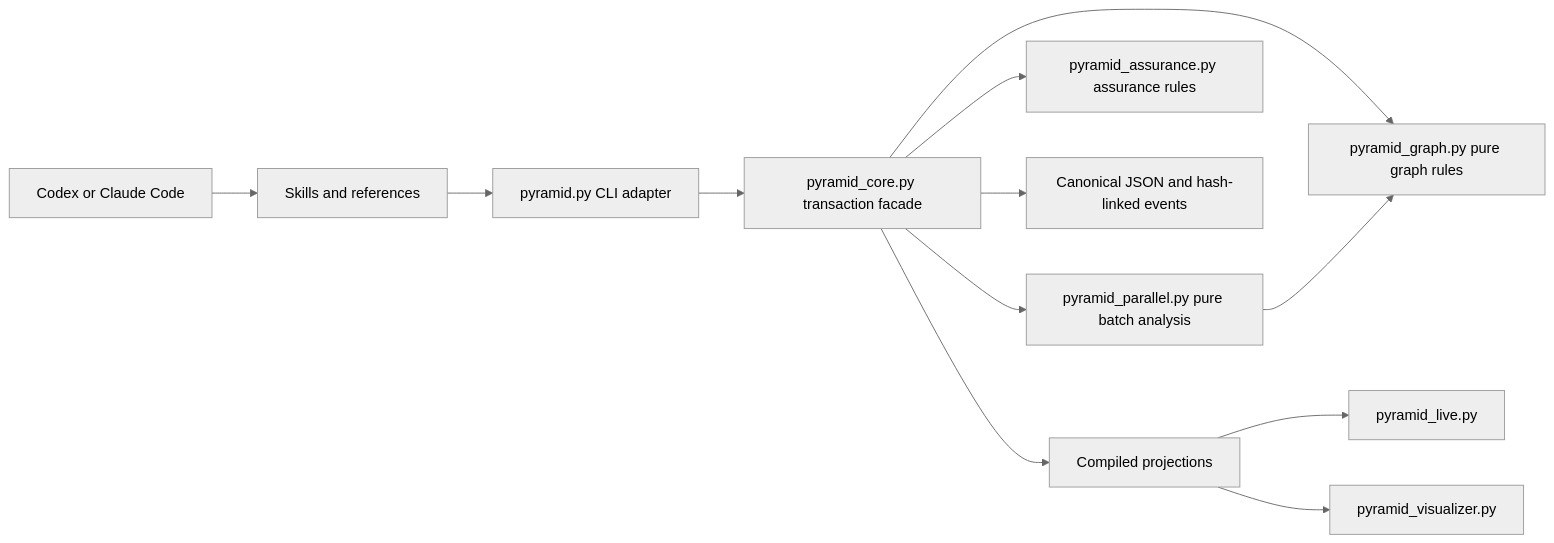
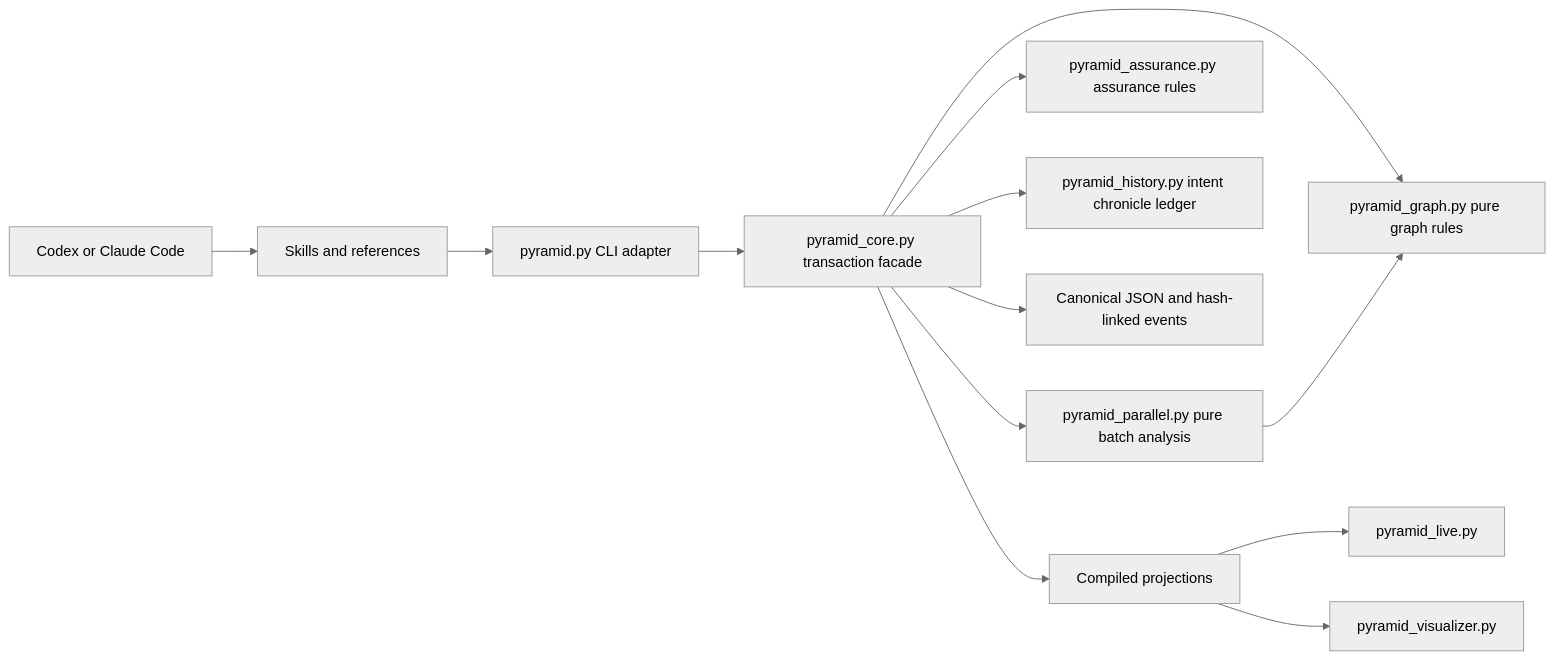
Before and after one commit to KMerdan/pyramid-task: the first of 2 diagrams in docs/architecture.md, drawn with Mermaid (neutral theme). The commit also changed other lines of this file and 35 other files, not shown here.

Commit message:
Add intent chronicles and history observer

````diff
--- a/docs/architecture.md
+++ b/docs/architecture.md
@@ -13,14 +13,15 @@
 ```mermaid
 flowchart LR
     H["Codex or Claude Code"] --> K["Skills and references"]
     K --> CLI["pyramid.py CLI adapter"]
     CLI --> CORE["pyramid_core.py transaction facade"]
     CORE --> GRAPH["pyramid_graph.py pure graph rules"]
     CORE --> PAR["pyramid_parallel.py pure batch analysis"]
     PAR --> GRAPH
     CORE --> ASSURE["pyramid_assurance.py assurance rules"]
+    CORE --> HISTORY["pyramid_history.py intent chronicle ledger"]
     CORE --> STORE["Canonical JSON and hash-linked events"]
     CORE --> VIEW["Compiled projections"]
     VIEW --> LIVE["pyramid_live.py"]
     VIEW --> VIS["pyramid_visualizer.py"]
 ```
````
